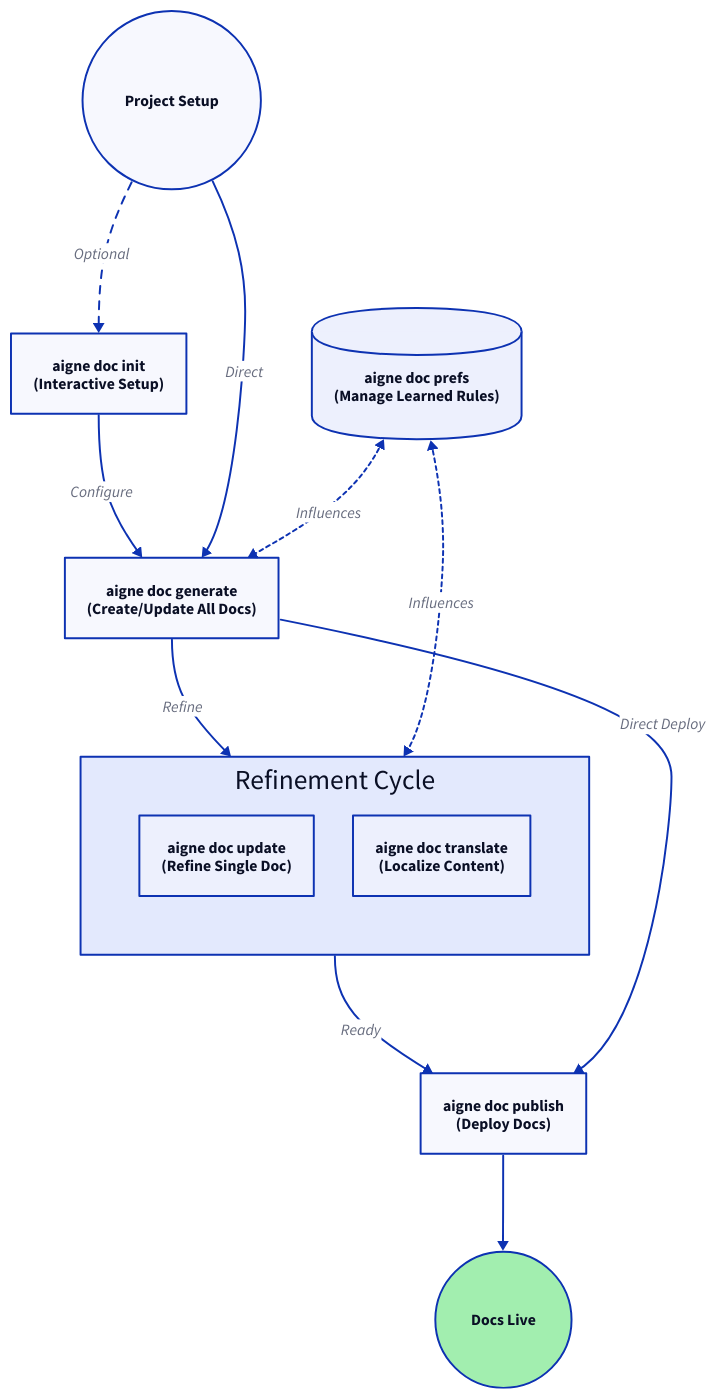
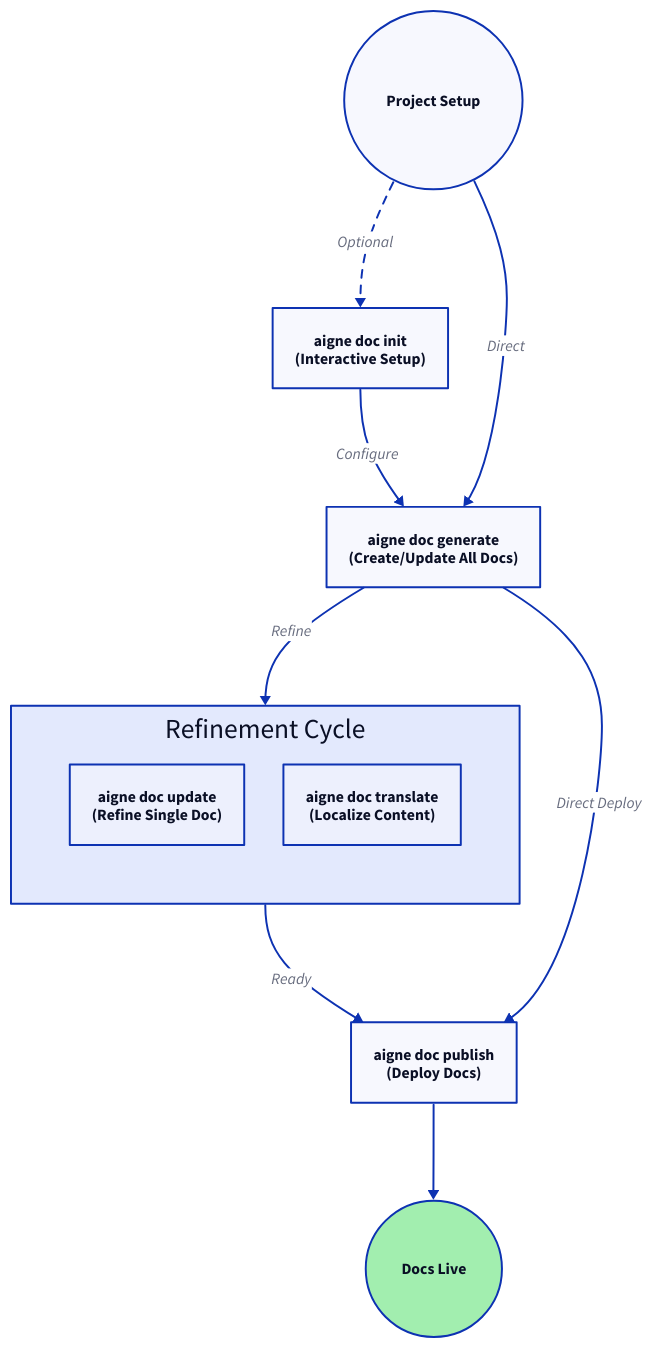
The diagram in docs/cli-reference.md (li-yechao/aigne-doc-smith), drawn with D2 before and after one commit. The commit also changed other lines of this file and 27 other files, not shown here.

````diff
--- a/docs/cli-reference.md
+++ b/docs/cli-reference.md
@@ -15,64 +15,52 @@
 ```d2
 direction: down
 
 Start: {
   label: "Project Setup"
   shape: circle
 }
 
 init: {
   label: "aigne doc init\n(Interactive Setup)"
   shape: rectangle
 }
 
 generate: {
   label: "aigne doc generate\n(Create/Update All Docs)"
   shape: rectangle
 }
 
 refinement-cycle: {
   label: "Refinement Cycle"
   shape: rectangle
   grid-columns: 2
 
   update: {
     label: "aigne doc update\n(Refine Single Doc)"
   }
   translate: {
     label: "aigne doc translate\n(Localize Content)"
   }
 }
 
 publish: {
   label: "aigne doc publish\n(Deploy Docs)"
   shape: rectangle
 }
 
 End: {
   label: "Docs Live"
   shape: circle
   style.fill: "#a2eeaf"
 }
 
-prefs: {
-  label: "aigne doc prefs\n(Manage Learned Rules)"
-  shape: cylinder
-}
-
 Start -> init: "Optional" {
   style.stroke-dash: 4
 }
 init -> generate: "Configure"
 Start -> generate: "Direct"
 generate -> refinement-cycle: "Refine"
 refinement-cycle -> publish: "Ready"
 generate -> publish: "Direct Deploy"
 publish -> End
-
-prefs <-> generate: "Influences" {
-  style.stroke-dash: 2
-}
-prefs <-> refinement-cycle: "Influences" {
-  style.stroke-dash: 2
-}
 ```
````
